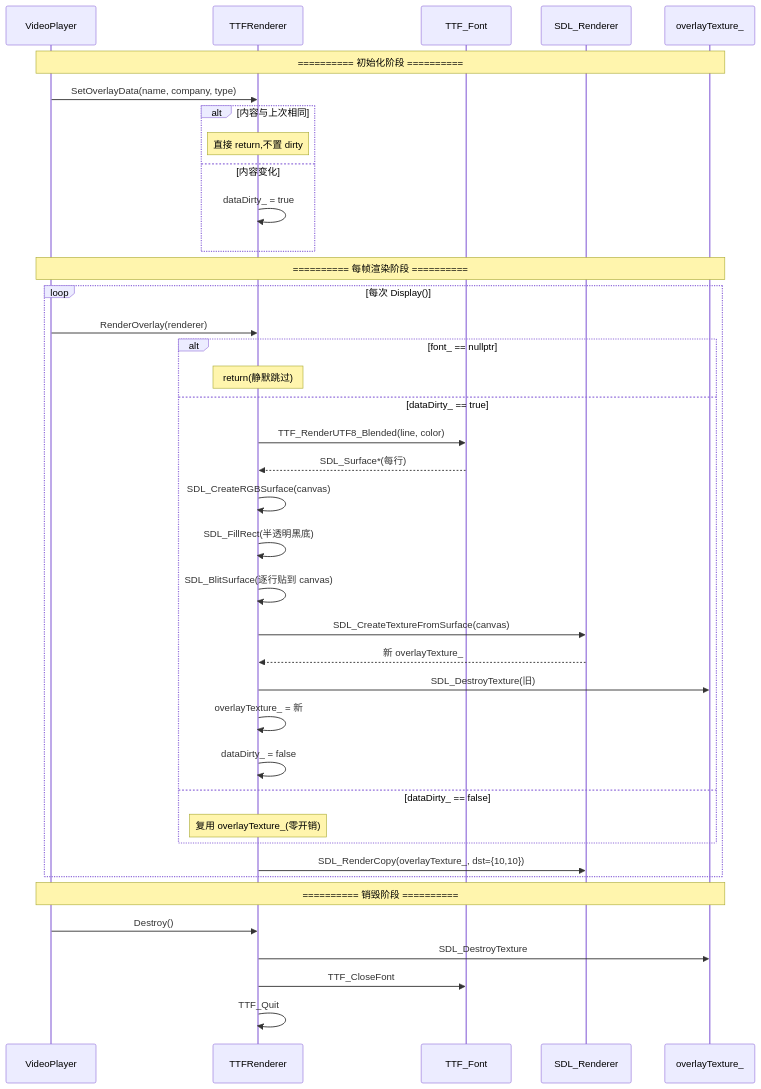
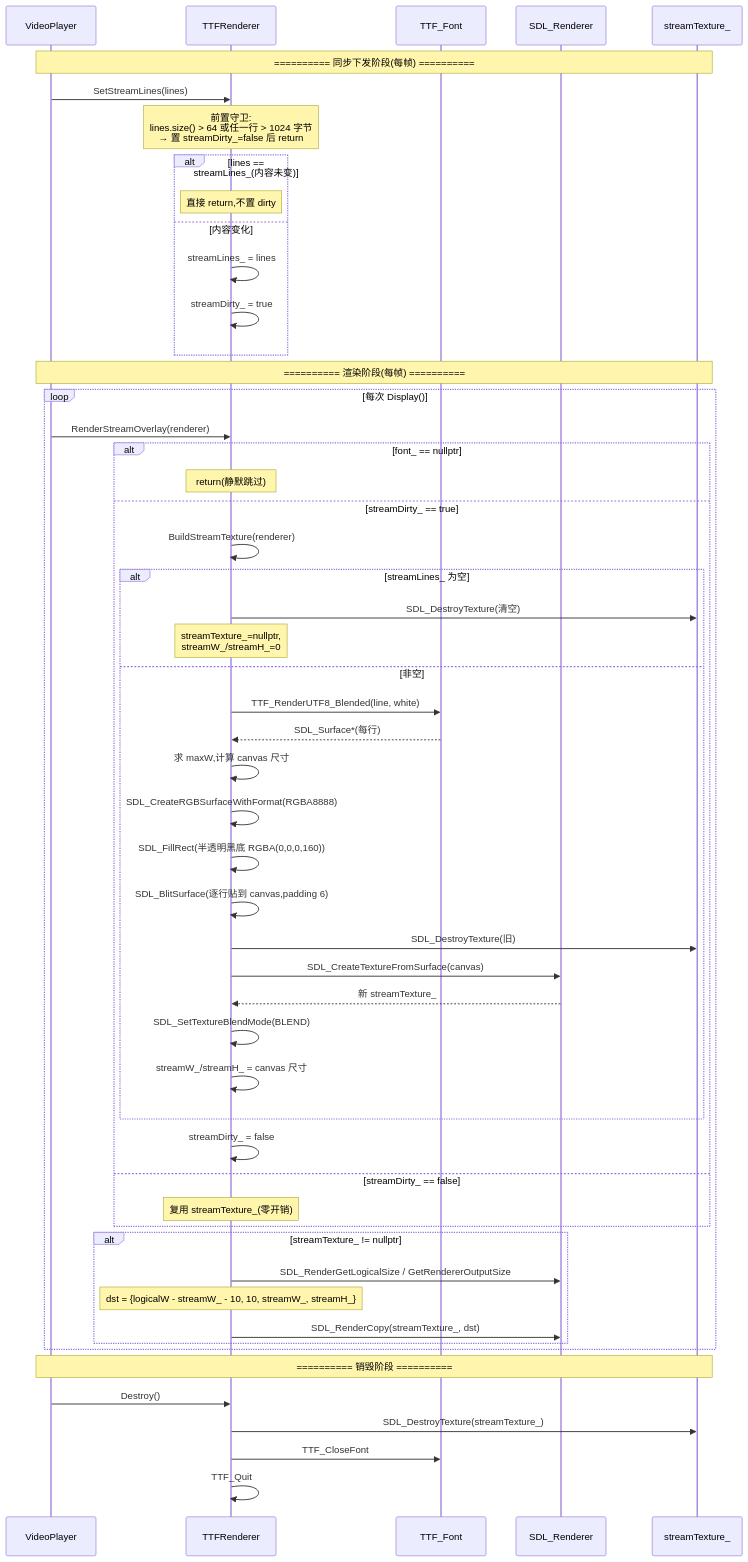
Diagram 11 of 11 in Design.md (davin-lin/CustomDataPlayer), drawn with Mermaid before and after one commit. The commit also changed other lines of this file and 13 other files, not shown here.

````diff
--- a/Design.md
+++ b/Design.md
@@ -931,46 +944,60 @@
 ```mermaid
 sequenceDiagram
     participant VP as VideoPlayer
     participant TTF as TTFRenderer
     participant Font as TTF_Font
     participant Ren as SDL_Renderer
-    participant Tex as overlayTexture_
+    participant Tex as streamTexture_
 
-    Note over VP,Tex: ========== 初始化阶段 ==========
+    Note over VP,Tex: ========== 同步下发阶段(每帧) ==========
 
-    VP->>TTF: SetOverlayData(name, company, type)
-    alt 内容与上次相同
+    VP->>TTF: SetStreamLines(lines)
+    Note over TTF: 前置守卫:<br/>lines.size() > 64 或任一行 > 1024 字节<br/>→ 置 streamDirty_=false 后 return
+    alt lines == streamLines_(内容未变)
         Note over TTF: 直接 return,不置 dirty
     else 内容变化
-        TTF->>TTF: dataDirty_ = true
+        TTF->>TTF: streamLines_ = lines
+        TTF->>TTF: streamDirty_ = true
     end
 
-    Note over VP,Tex: ========== 每帧渲染阶段 ==========
+    Note over VP,Tex: ========== 渲染阶段(每帧) ==========
 
     loop 每次 Display()
-        VP->>TTF: RenderOverlay(renderer)
+        VP->>TTF: RenderStreamOverlay(renderer)
         alt font_ == nullptr
             Note over TTF: return(静默跳过)
-        else dataDirty_ == true
-            TTF->>Font: TTF_RenderUTF8_Blended(line, color)
-            Font-->>TTF: SDL_Surface*(每行)
-            TTF->>TTF: SDL_CreateRGBSurface(canvas)
-            TTF->>TTF: SDL_FillRect(半透明黑底)
-            TTF->>TTF: SDL_BlitSurface(逐行贴到 canvas)
-            TTF->>Ren: SDL_CreateTextureFromSurface(canvas)
-            Ren-->>TTF: 新 overlayTexture_
-            TTF->>Tex: SDL_DestroyTexture(旧)
-            TTF->>TTF: overlayTexture_ = 新
-            TTF->>TTF: dataDirty_ = false
-        else dataDirty_ == false
-            Note over TTF: 复用 overlayTexture_(零开销)
+        else streamDirty_ == true
+            TTF->>TTF: BuildStreamTexture(renderer)
+            alt streamLines_ 为空
+                TTF->>Tex: SDL_DestroyTexture(清空)
+                Note over TTF: streamTexture_=nullptr,<br/>streamW_/streamH_=0
+            else 非空
+                TTF->>Font: TTF_RenderUTF8_Blended(line, white)
+                Font-->>TTF: SDL_Surface*(每行)
+                TTF->>TTF: 求 maxW,计算 canvas 尺寸
+                TTF->>TTF: SDL_CreateRGBSurfaceWithFormat(RGBA8888)
+                TTF->>TTF: SDL_FillRect(半透明黑底 RGBA(0,0,0,160))
+                TTF->>TTF: SDL_BlitSurface(逐行贴到 canvas,padding 6)
+                TTF->>Tex: SDL_DestroyTexture(旧)
+                TTF->>Ren: SDL_CreateTextureFromSurface(canvas)
+                Ren-->>TTF: 新 streamTexture_
+                TTF->>TTF: SDL_SetTextureBlendMode(BLEND)
+                TTF->>TTF: streamW_/streamH_ = canvas 尺寸
+            end
+            TTF->>TTF: streamDirty_ = false
+        else streamDirty_ == false
+            Note over TTF: 复用 streamTexture_(零开销)
         end
-        TTF->>Ren: SDL_RenderCopy(overlayTexture_, dst={10,10})
+        alt streamTexture_ != nullptr
+            TTF->>Ren: SDL_RenderGetLogicalSize / GetRendererOutputSize
+            Note over TTF: dst = {logicalW - streamW_ - 10, 10, streamW_, streamH_}
+            TTF->>Ren: SDL_RenderCopy(streamTexture_, dst)
+        end
     end
 
     Note over VP,Tex: ========== 销毁阶段 ==========
     VP->>TTF: Destroy()
-    TTF->>Tex: SDL_DestroyTexture
+    TTF->>Tex: SDL_DestroyTexture(streamTexture_)
     TTF->>Font: TTF_CloseFont
     TTF->>TTF: TTF_Quit
 ```
````
